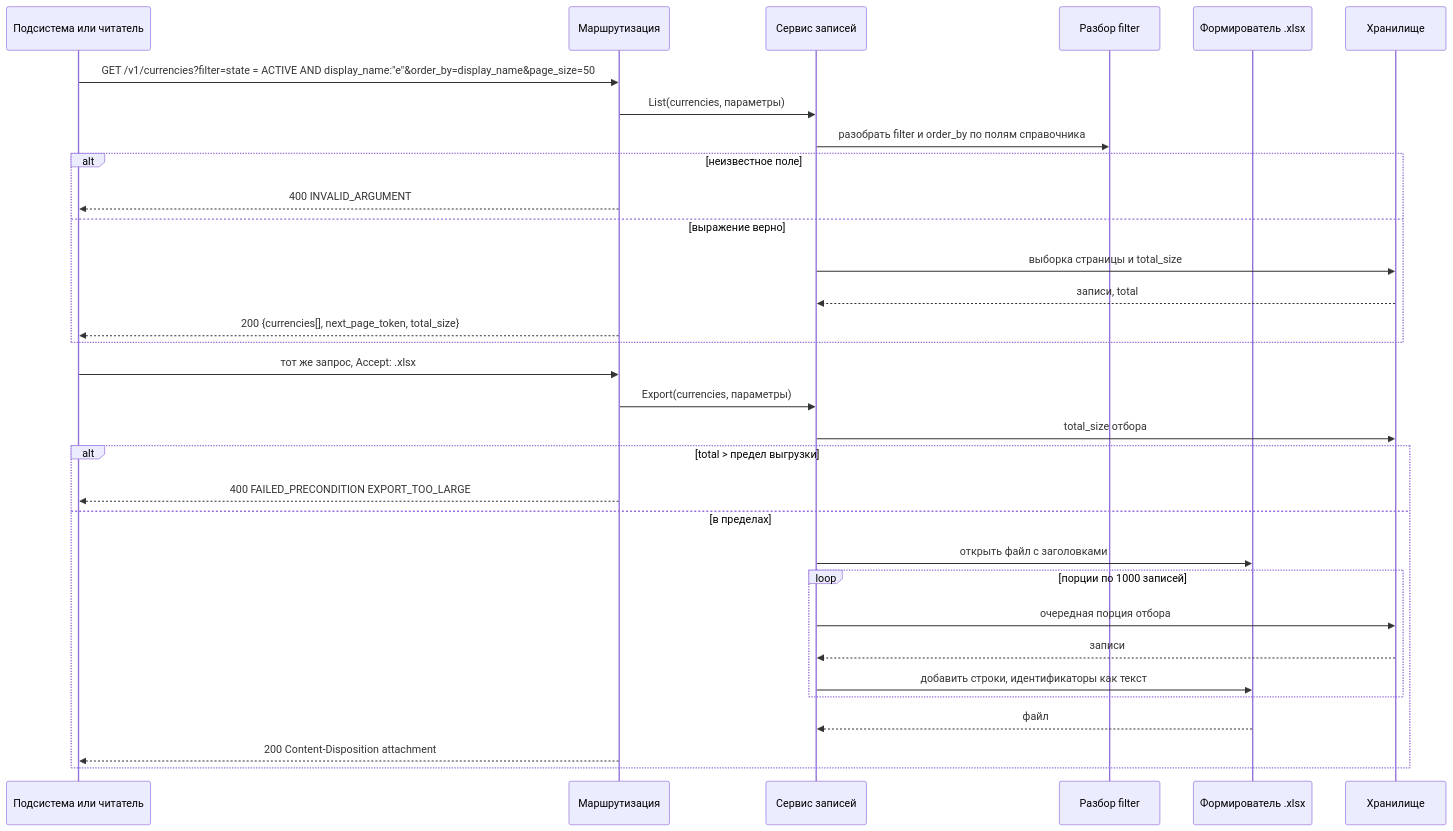
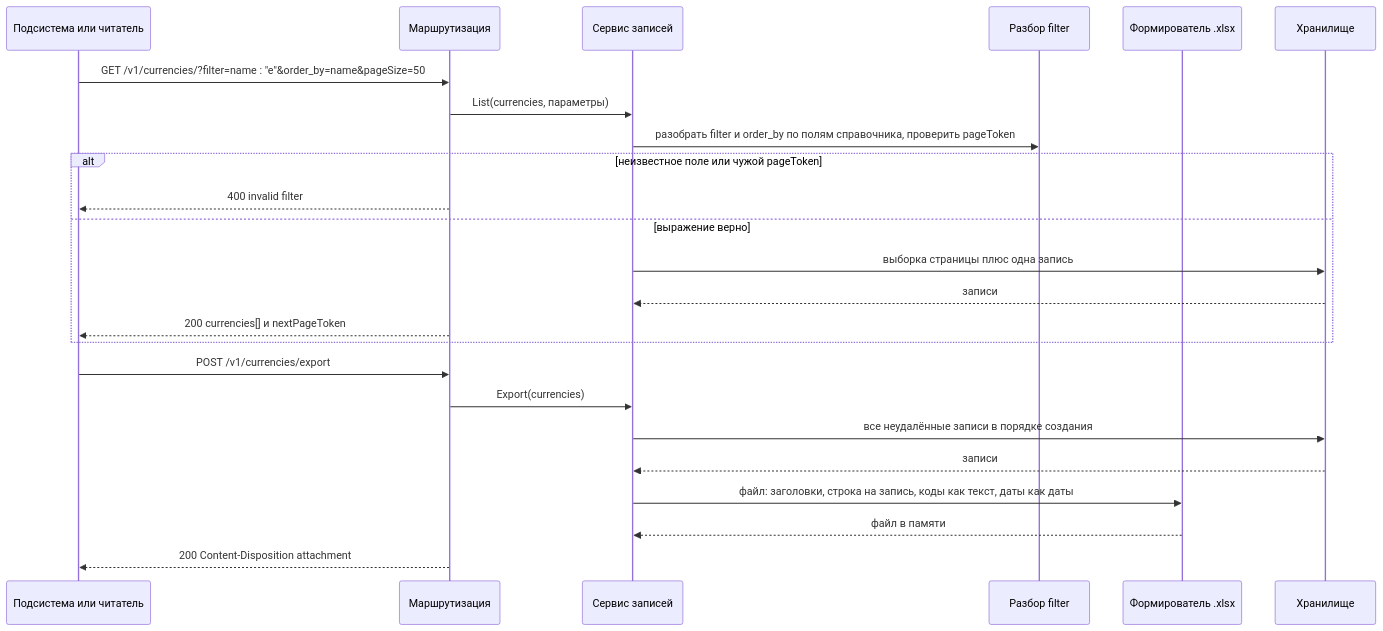
The third of 11 diagrams in reference-manager/documents/155.sequence-diagrams.md (MEPhI-C22-501/arch-info-system-monorepo), drawn with Mermaid before and after one commit. The commit also changed other lines of this file and 27 other files, not shown here.

````diff
--- a/reference-manager/documents/155.sequence-diagrams.md
+++ b/reference-manager/documents/155.sequence-diagrams.md
@@ -84,34 +83,26 @@
 ```mermaid
 sequenceDiagram
     participant C as Подсистема или читатель
     participant H as Маршрутизация
     participant S as Сервис записей
     participant F as Разбор filter
     participant X as Формирователь .xlsx
     participant R as Хранилище
-    C->>H: GET /v1/currencies?filter=state = ACTIVE AND display_name:"e"&order_by=display_name&page_size=50
+    C->>H: GET /v1/currencies/?filter=name : "e"&order_by=name&pageSize=50
     H->>S: List(currencies, параметры)
-    S->>F: разобрать filter и order_by по полям справочника
-    alt неизвестное поле
-        H-->>C: 400 INVALID_ARGUMENT
+    S->>F: разобрать filter и order_by по полям справочника, проверить pageToken
+    alt неизвестное поле или чужой pageToken
+        H-->>C: 400 invalid filter
     else выражение верно
-        S->>R: выборка страницы и total_size
-        R-->>S: записи, total
-        H-->>C: 200 {currencies[], next_page_token, total_size}
+        S->>R: выборка страницы плюс одна запись
+        R-->>S: записи
+        H-->>C: 200 currencies[] и nextPageToken
     end
-    C->>H: тот же запрос, Accept: .xlsx
-    H->>S: Export(currencies, параметры)
-    S->>R: total_size отбора
-    alt total > предел выгрузки
-        H-->>C: 400 FAILED_PRECONDITION EXPORT_TOO_LARGE
-    else в пределах
-        S->>X: открыть файл с заголовками
-        loop порции по 1000 записей
-            S->>R: очередная порция отбора
-            R-->>S: записи
-            S->>X: добавить строки, идентификаторы как текст
-        end
-        X-->>S: файл
-        H-->>C: 200 Content-Disposition attachment
-    end
+    C->>H: POST /v1/currencies/export
+    H->>S: Export(currencies)
+    S->>R: все неудалённые записи в порядке создания
+    R-->>S: записи
+    S->>X: файл: заголовки, строка на запись, коды как текст, даты как даты
+    X-->>S: файл в памяти
+    H-->>C: 200 Content-Disposition attachment
 ```
````
